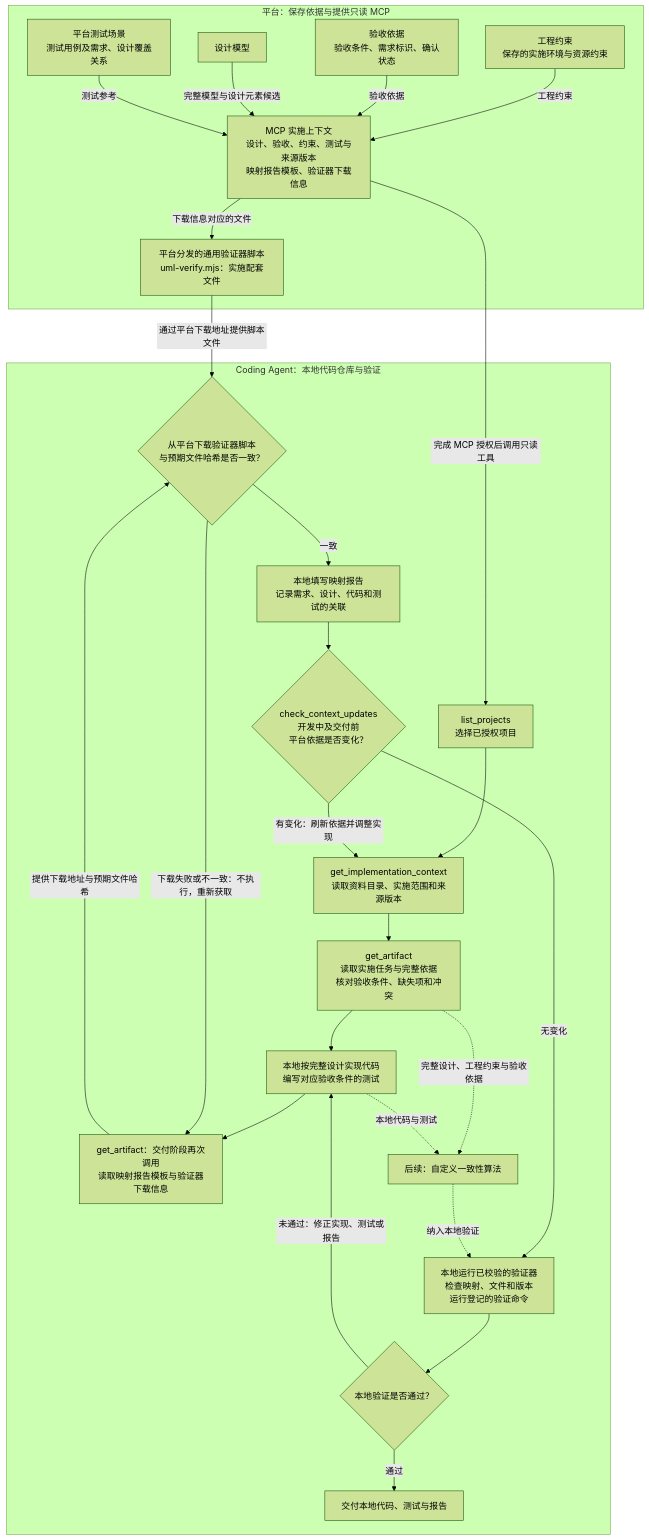
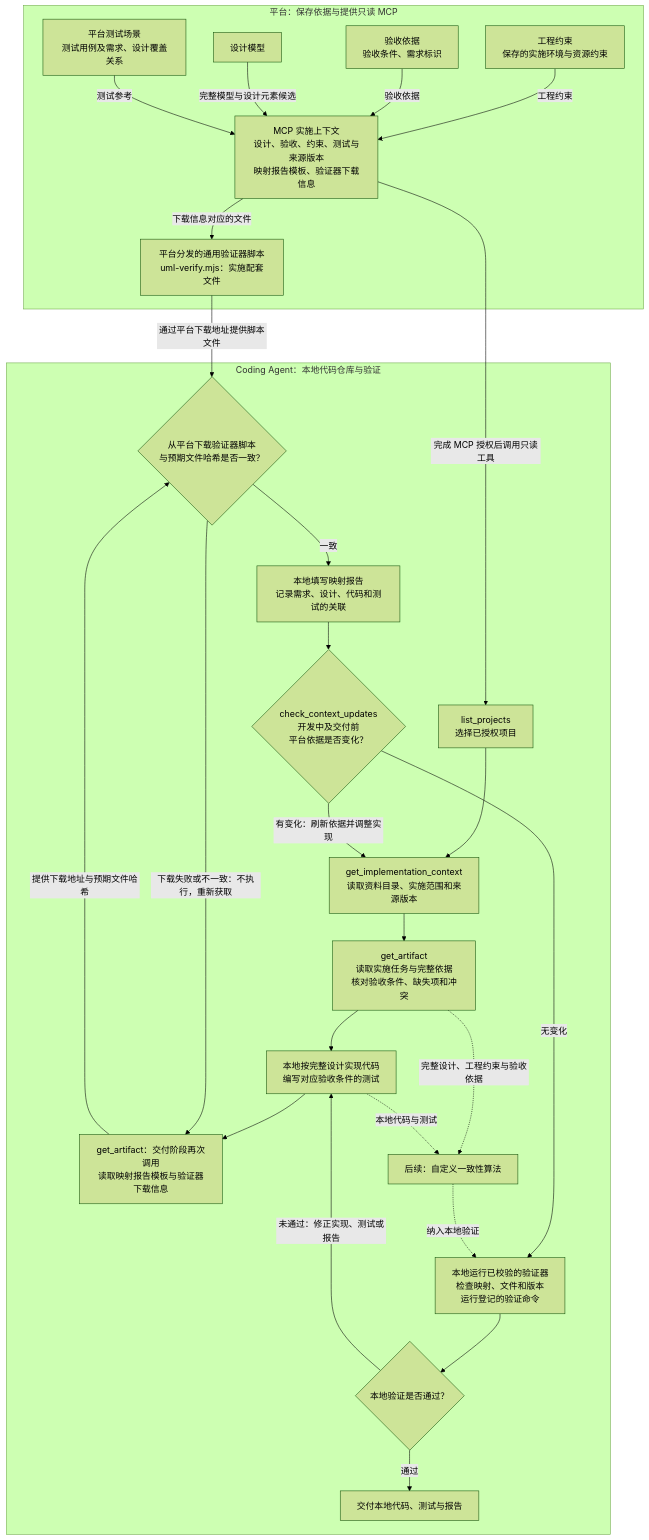
The second of 2 diagrams in readme-zh-cn.md (guolola/ai-software-engineering-platform), drawn with Mermaid (forest theme) before and after one commit. The commit also changed other lines of this file and 19 other files, not shown here.

````diff
--- a/readme-zh-cn.md
+++ b/readme-zh-cn.md
@@ -166,50 +168,50 @@
 ```mermaid
 flowchart TB
   subgraph platform["平台：保存依据与提供只读 MCP"]
     feasibility["工程约束<br/>保存的实施环境与资源约束"]
-    req["验收依据<br/>验收条件、需求标识、确认状态"]
+    req["验收依据<br/>验收条件、需求标识"]
     design["设计模型"]
     savedTests["平台测试场景<br/>测试用例及需求、设计覆盖关系"]
     bundle["MCP 实施上下文<br/>设计、验收、约束、测试与来源版本<br/>映射报告模板、验证器下载信息"]
     feasibility -->|"工程约束"| bundle
     req -->|"验收依据"| bundle
     design -->|"完整模型与设计元素候选"| bundle
     savedTests -->|"测试参考"| bundle
     verifierFile["平台分发的通用验证器脚本<br/>uml-verify.mjs：实施配套文件"]
     bundle -->|"下载信息对应的文件"| verifierFile
   end
 
   subgraph agent["Coding Agent：本地代码仓库与验证"]
     projects["list_projects<br/>选择已授权项目"]
     catalog["get_implementation_context<br/>读取资料目录、实施范围和来源版本"]
     sources["get_artifact<br/>读取实施任务与完整依据<br/>核对验收条件、缺失项和冲突"]
     implementation["本地按完整设计实现代码<br/>编写对应验收条件的测试"]
     delivery["get_artifact：交付阶段再次调用<br/>读取映射报告模板与验证器下载信息"]
     download{"从平台下载验证器脚本<br/>与预期文件哈希是否一致？"}
     mapping["本地填写映射报告<br/>记录需求、设计、代码和测试的关联"]
     updates{"check_context_updates<br/>开发中及交付前<br/>平台依据是否变化？"}
     validator["本地运行已校验的验证器<br/>检查映射、文件和版本<br/>运行登记的验证命令"]
     result{"本地验证是否通过？"}
     done["交付本地代码、测试与报告"]
     algorithm["后续：自定义一致性算法"]
     projects --> catalog
     catalog --> sources
     sources --> implementation
     implementation --> delivery
     delivery -->|"提供下载地址与预期文件哈希"| download
     download -->|"一致"| mapping
     download -->|"下载失败或不一致：不执行，重新获取"| delivery
     mapping --> updates
     updates -->|"有变化：刷新依据并调整实现"| catalog
     updates -->|"无变化"| validator
     validator --> result
     result -->|"未通过：修正实现、测试或报告"| implementation
     result -->|"通过"| done
     sources -.->|"完整设计、工程约束与验收依据"| algorithm
     implementation -.->|"本地代码与测试"| algorithm
     algorithm -.->|"纳入本地验证"| validator
   end
 
   bundle -->|"完成 MCP 授权后调用只读工具"| projects
   verifierFile -->|"通过平台下载地址提供脚本文件"| download
 ```
````
